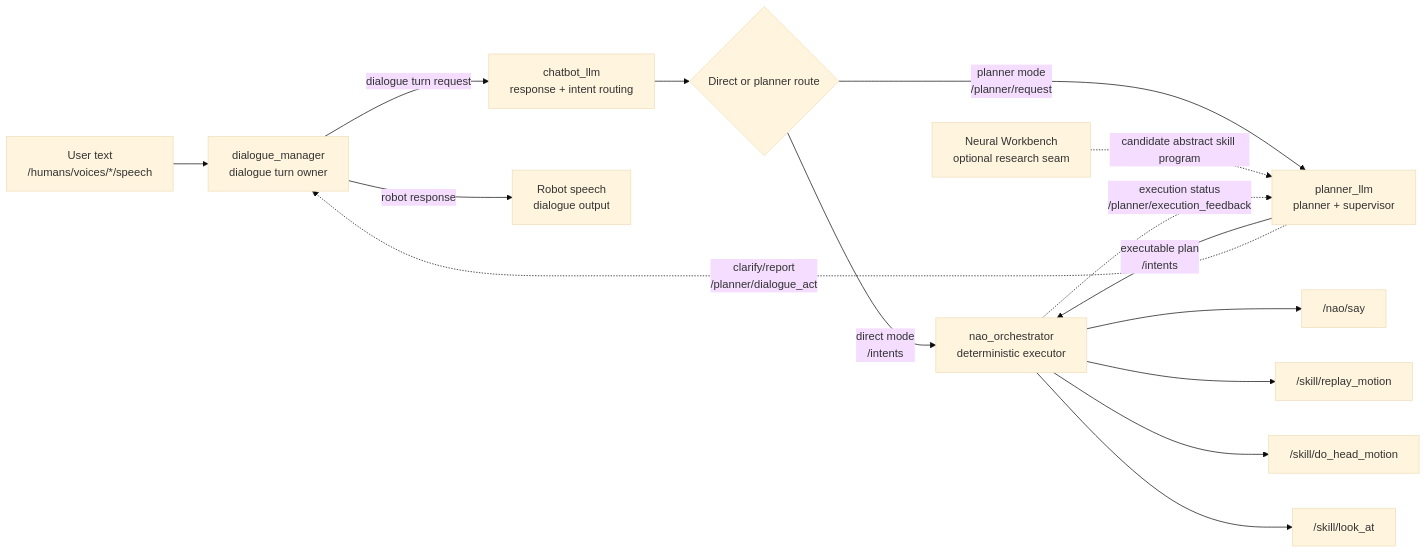
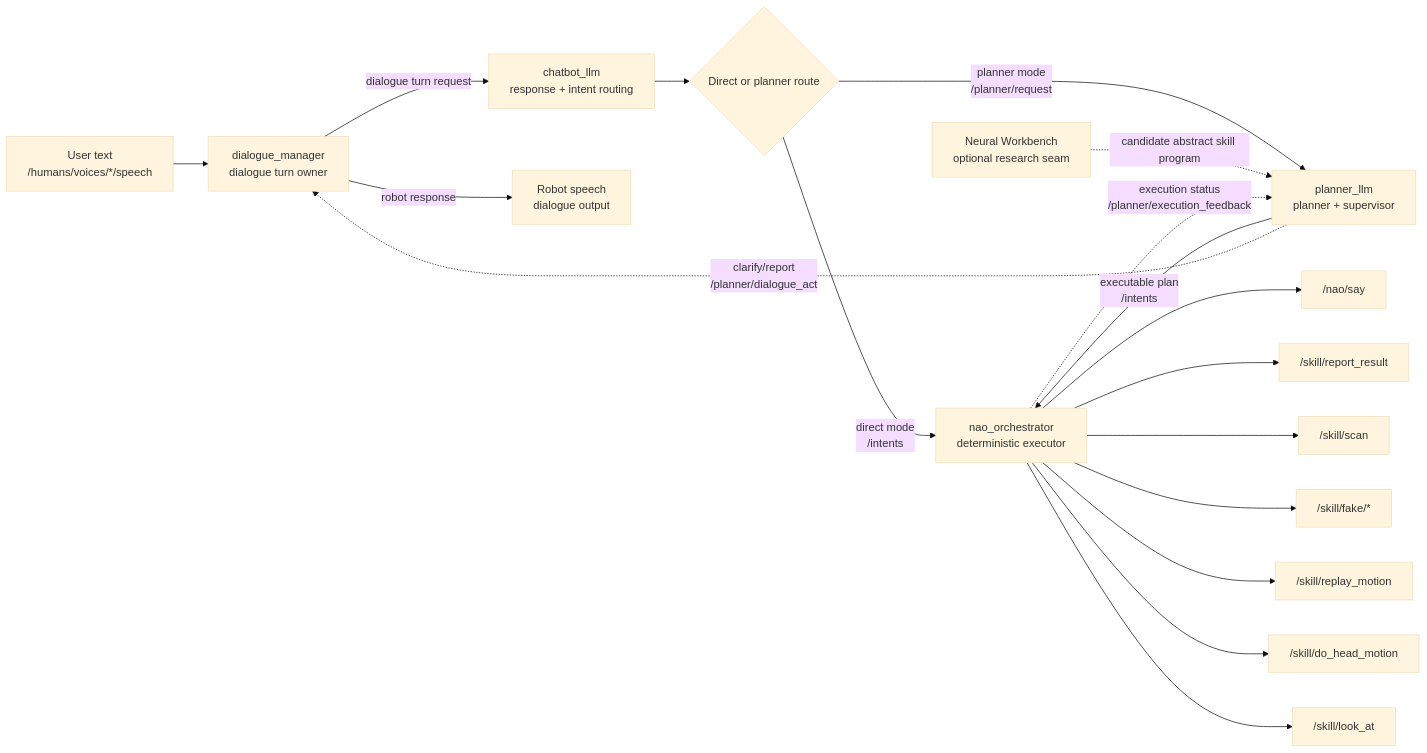
Before and after one commit to ieverythng/nao-ros4hri-bridge: the first of 3 diagrams in docs/current_workflow.md, drawn with Mermaid (base theme). The commit also changed other lines of this file and 13 other files, not shown here.

````diff
--- a/docs/current_workflow.md
+++ b/docs/current_workflow.md
@@ -25,20 +26,23 @@
 ```mermaid
 flowchart LR
     user["User text<br/>/humans/voices/*/speech"] --> dm["dialogue_manager<br/>dialogue turn owner"]
     dm -->|dialogue turn request| chatbot["chatbot_llm<br/>response + intent routing"]
     chatbot --> route{"Direct or planner route"}
 
     route -->|direct mode<br/>/intents| orch["nao_orchestrator<br/>deterministic executor"]
     route -->|planner mode<br/>/planner/request| planner["planner_llm<br/>planner + supervisor"]
 
     workbench["Neural Workbench<br/>optional research seam"] -.->|candidate abstract skill program| planner
     planner -->|executable plan<br/>/intents| orch
     orch -.->|execution status<br/>/planner/execution_feedback| planner
     planner -.->|clarify/report<br/>/planner/dialogue_act| dm
 
     dm -->|robot response| speech_out["Robot speech<br/>dialogue output"]
     orch --> say["/nao/say"]
+    orch --> report["/skill/report_result"]
+    orch --> scan["/skill/scan"]
+    orch --> fake["/skill/fake/*"]
     orch --> replay["/skill/replay_motion"]
     orch --> head["/skill/do_head_motion"]
     orch --> look["/skill/look_at"]
 ```
````
